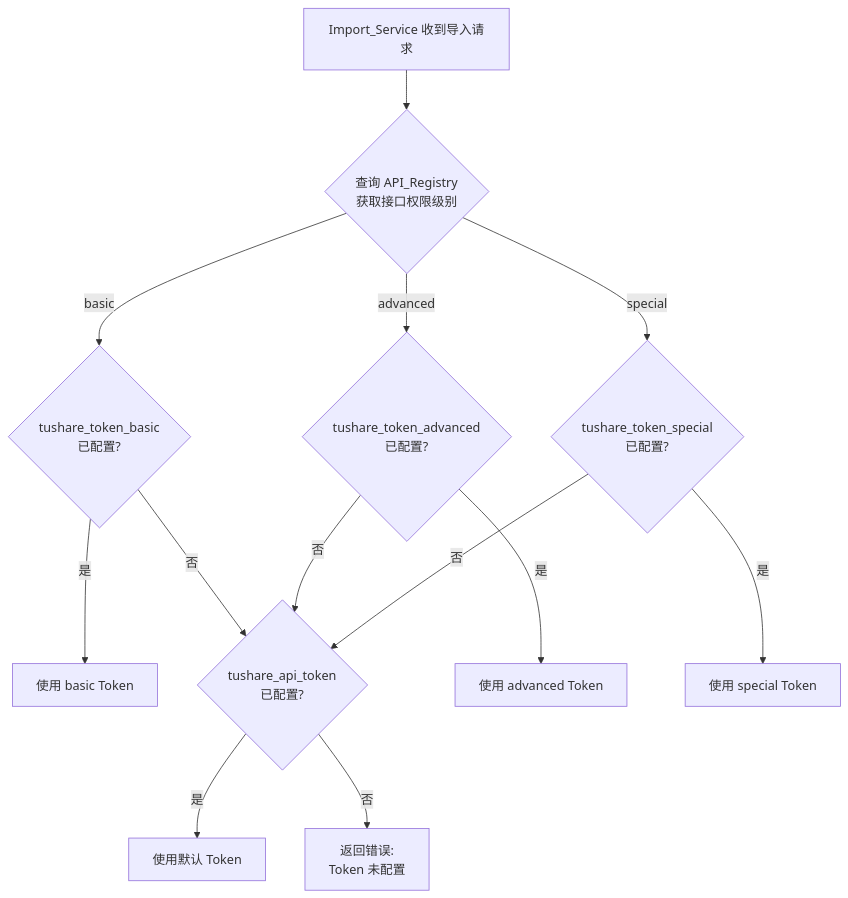
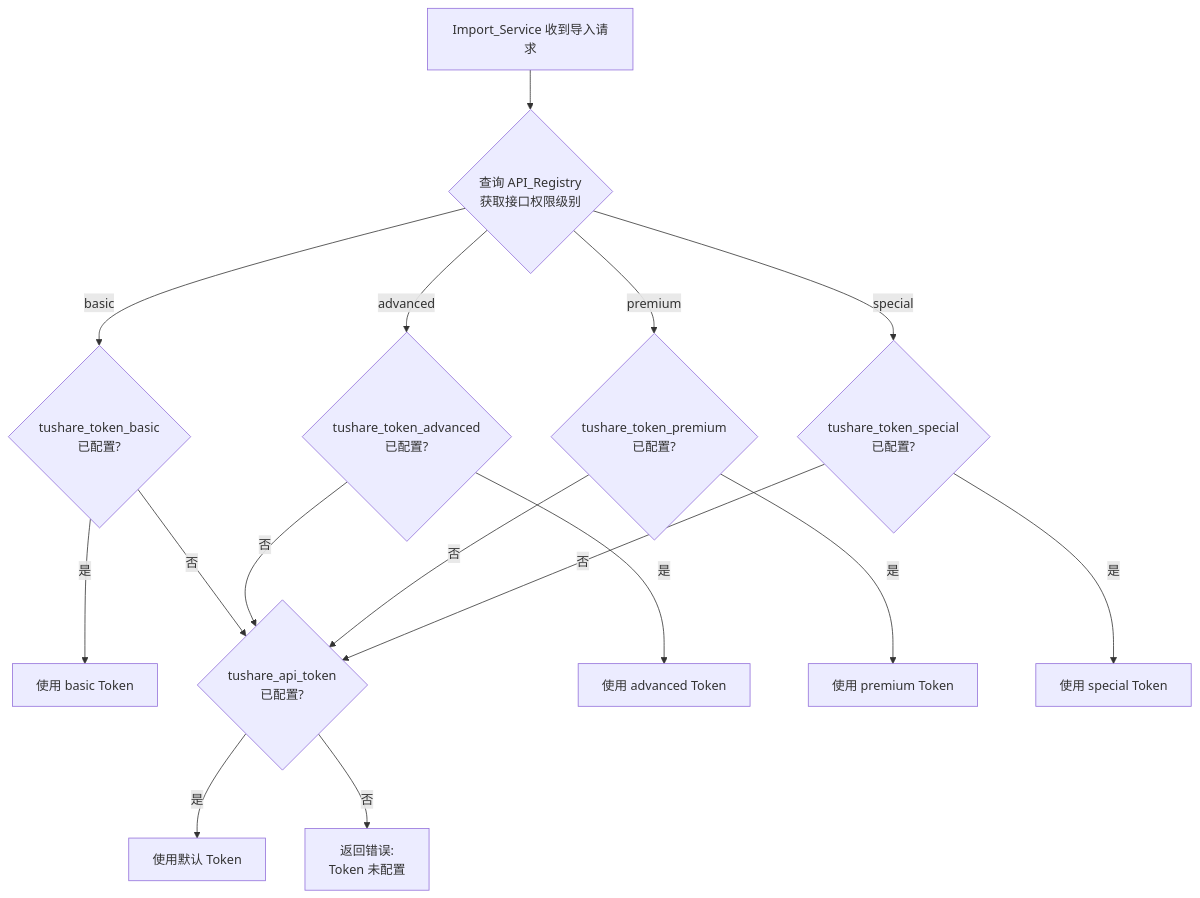
One commit to xdengpao/PoperRight changed the third of 3 diagrams in .kiro/specs/tushare-data-import/design.md. Above: the diagram before and after it, drawn with Mermaid. The commit also changed other lines of this file and 27 other files, not shown here.

````diff
--- a/.kiro/specs/tushare-data-import/design.md
+++ b/.kiro/specs/tushare-data-import/design.md
@@ -118,15 +118,18 @@
 ```mermaid
 flowchart TD
     A[Import_Service 收到导入请求] --> B{查询 API_Registry<br/>获取接口权限级别}
     B -->|basic| C{tushare_token_basic<br/>已配置?}
     B -->|advanced| D{tushare_token_advanced<br/>已配置?}
+    B -->|premium| P{tushare_token_premium<br/>已配置?}
     B -->|special| E{tushare_token_special<br/>已配置?}
     C -->|是| F[使用 basic Token]
     C -->|否| G{tushare_api_token<br/>已配置?}
     D -->|是| H[使用 advanced Token]
     D -->|否| G
+    P -->|是| Q[使用 premium Token]
+    P -->|否| G
     E -->|是| I[使用 special Token]
     E -->|否| G
     G -->|是| J[使用默认 Token]
     G -->|否| K[返回错误:<br/>Token 未配置]
 ```
````
